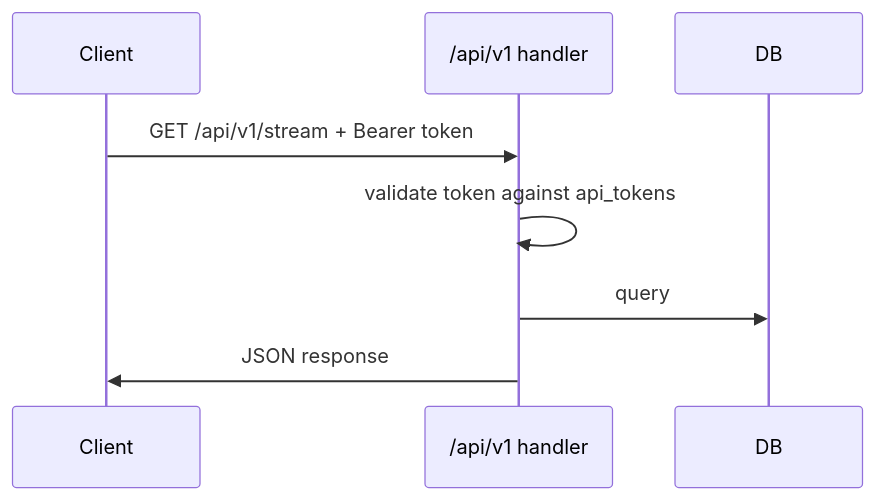
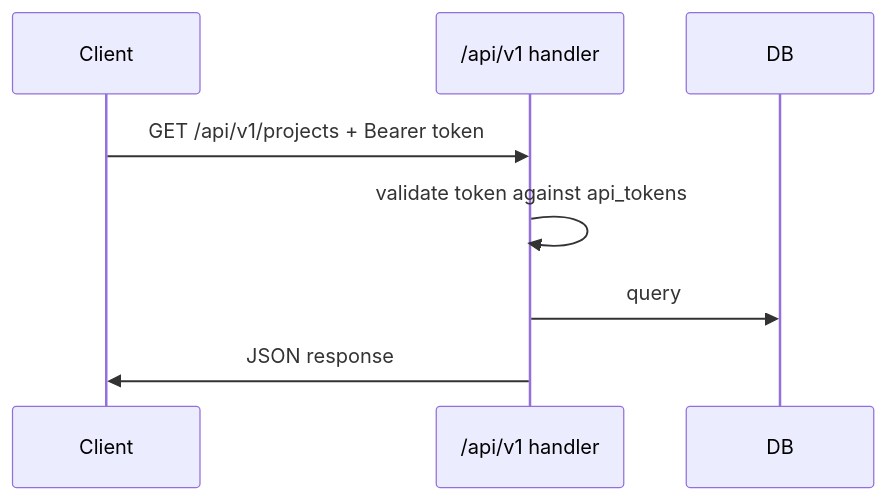
The third of 5 diagrams in docs/architecture/index.md (csubj/hearth), drawn with Mermaid before and after one commit. The commit also changed other lines of this file and 33 other files, not shown here.

````diff
--- a/docs/architecture/index.md
+++ b/docs/architecture/index.md
@@ -84,11 +84,11 @@
 ```mermaid
 sequenceDiagram
   participant Client
   participant Handler as /api/v1 handler
   participant DB
 
-  Client->>Handler: GET /api/v1/stream + Bearer token
+  Client->>Handler: GET /api/v1/projects + Bearer token
   Handler->>Handler: validate token against api_tokens
   Handler->>DB: query
   Handler->>Client: JSON response
 ```
````
